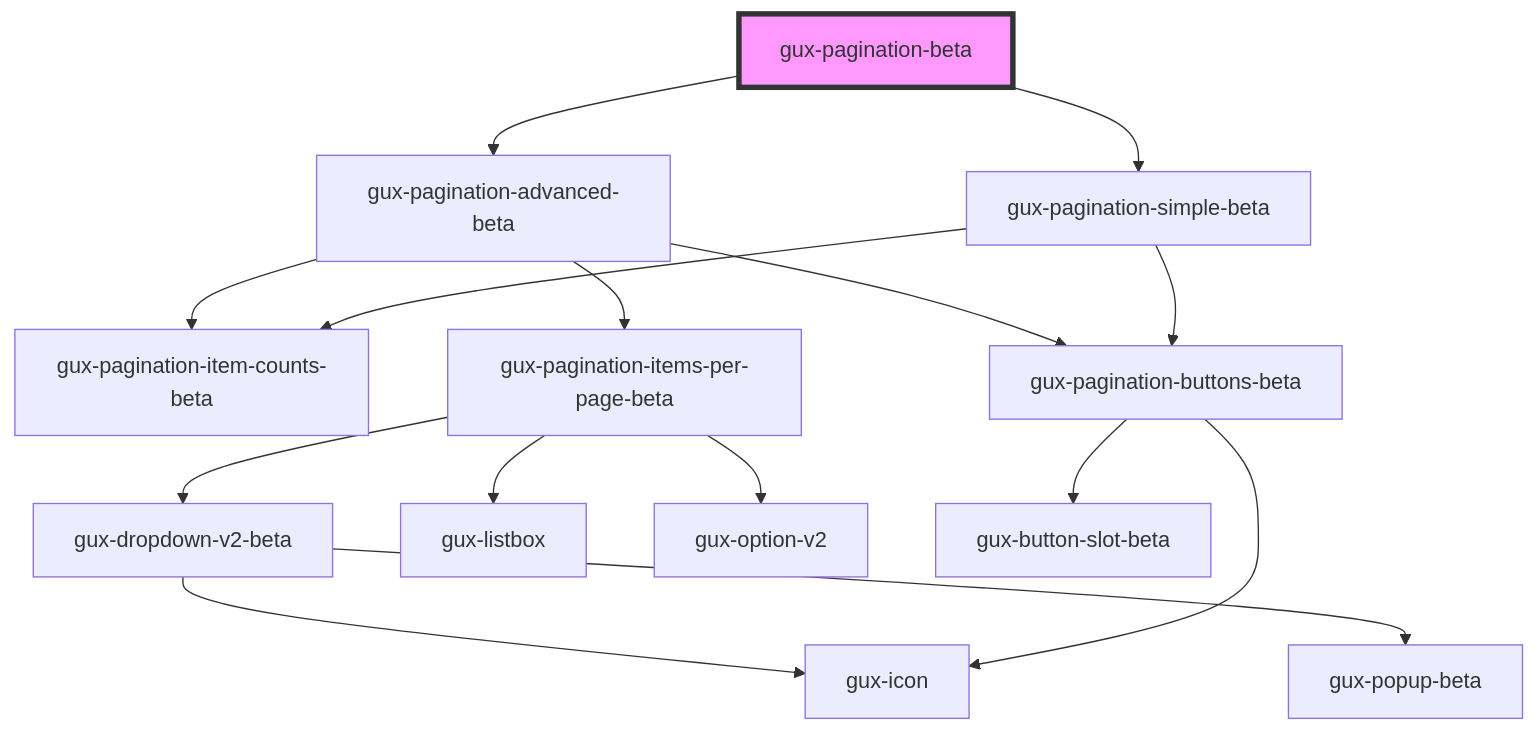
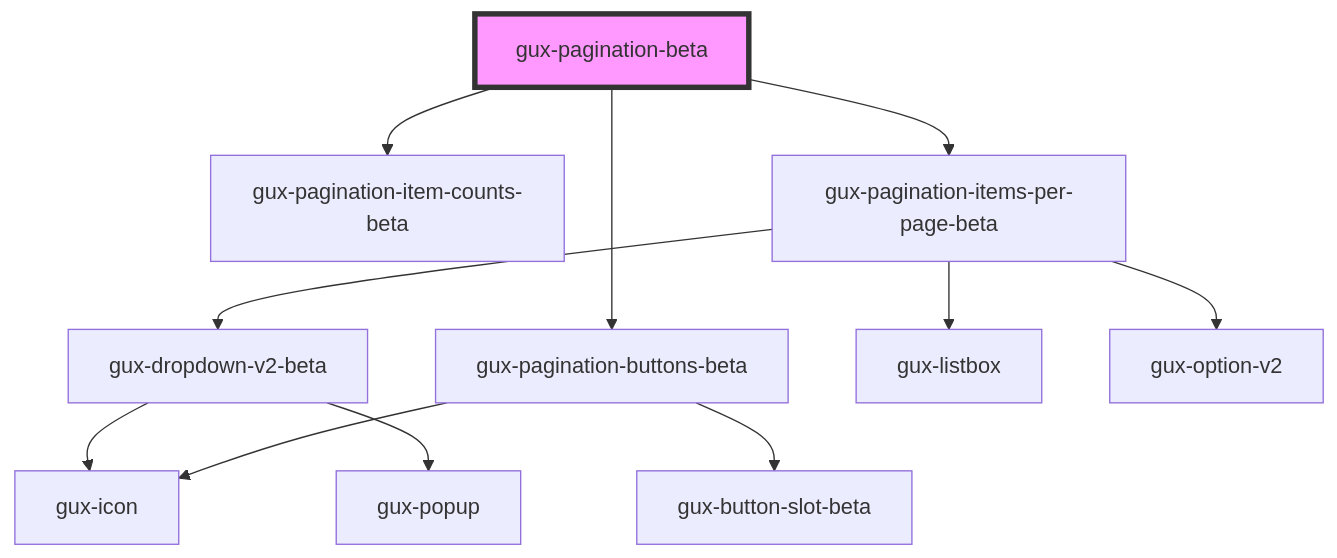
The diagram in src/components/beta/gux-pagination-beta/readme.md (MyPureCloud/genesys-spark), drawn with Mermaid before and after one commit. The commit also changed other lines of this file and 124 other files, not shown here.

Commit message:
feat(gux-pagination-beta): addressed pr feedback

````diff
--- a/src/components/beta/gux-pagination-beta/readme.md
+++ b/src/components/beta/gux-pagination-beta/readme.md
@@ -34,18 +42,14 @@
 ```mermaid
 graph TD;
-  gux-pagination-beta --> gux-pagination-advanced-beta
-  gux-pagination-beta --> gux-pagination-simple-beta
-  gux-pagination-advanced-beta --> gux-pagination-item-counts-beta
-  gux-pagination-advanced-beta --> gux-pagination-items-per-page-beta
-  gux-pagination-advanced-beta --> gux-pagination-buttons-beta
+  gux-pagination-beta --> gux-pagination-item-counts-beta
+  gux-pagination-beta --> gux-pagination-items-per-page-beta
+  gux-pagination-beta --> gux-pagination-buttons-beta
   gux-pagination-items-per-page-beta --> gux-dropdown-v2-beta
   gux-pagination-items-per-page-beta --> gux-listbox
   gux-pagination-items-per-page-beta --> gux-option-v2
   gux-dropdown-v2-beta --> gux-icon
-  gux-dropdown-v2-beta --> gux-popup-beta
+  gux-dropdown-v2-beta --> gux-popup
   gux-pagination-buttons-beta --> gux-button-slot-beta
   gux-pagination-buttons-beta --> gux-icon
-  gux-pagination-simple-beta --> gux-pagination-item-counts-beta
-  gux-pagination-simple-beta --> gux-pagination-buttons-beta
   style gux-pagination-beta fill:#f9f,stroke:#333,stroke-width:4px
 ```
````
